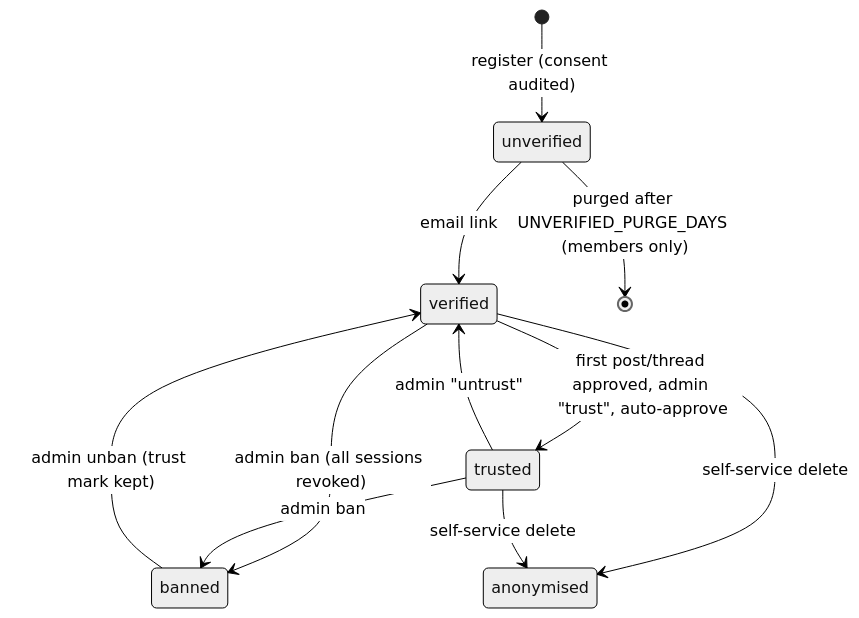
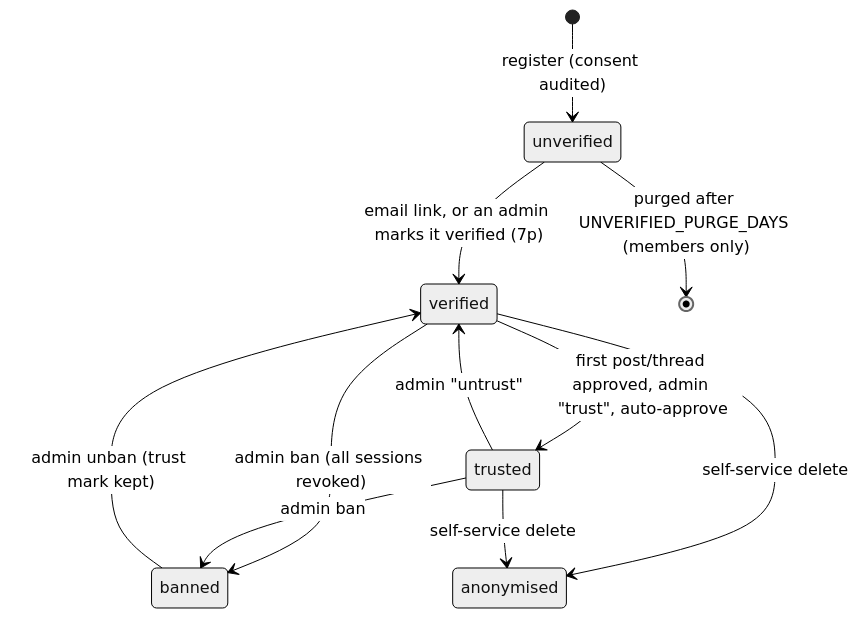
One commit to firvain/URBANFLOODS-Cooperation-Platform changed the second of 2 diagrams in docs/architecture.md. Above: the diagram before and after it, drawn with Mermaid (neutral theme). The commit also changed 22 other files, not shown here.

First line of the commit message:
feat(admin): mark an email address verified by hand; clearer "check your email" page (7p)

````diff
--- a/docs/architecture.md
+++ b/docs/architecture.md
@@ -142,13 +142,13 @@
 ```mermaid
 stateDiagram-v2
     [*] --> unverified: register (consent audited)
-    unverified --> verified: email link
+    unverified --> verified: email link, or an admin marks it verified (7p)
     unverified --> [*]: purged after UNVERIFIED_PURGE_DAYS (members only)
     verified --> trusted: first post/thread approved, admin "trust", auto-approve
     trusted --> verified: admin "untrust"
     verified --> banned: admin ban (all sessions revoked)
     trusted --> banned: admin ban
     banned --> verified: admin unban (trust mark kept)
     verified --> anonymised: self-service delete
     trusted --> anonymised: self-service delete
 ```
````
